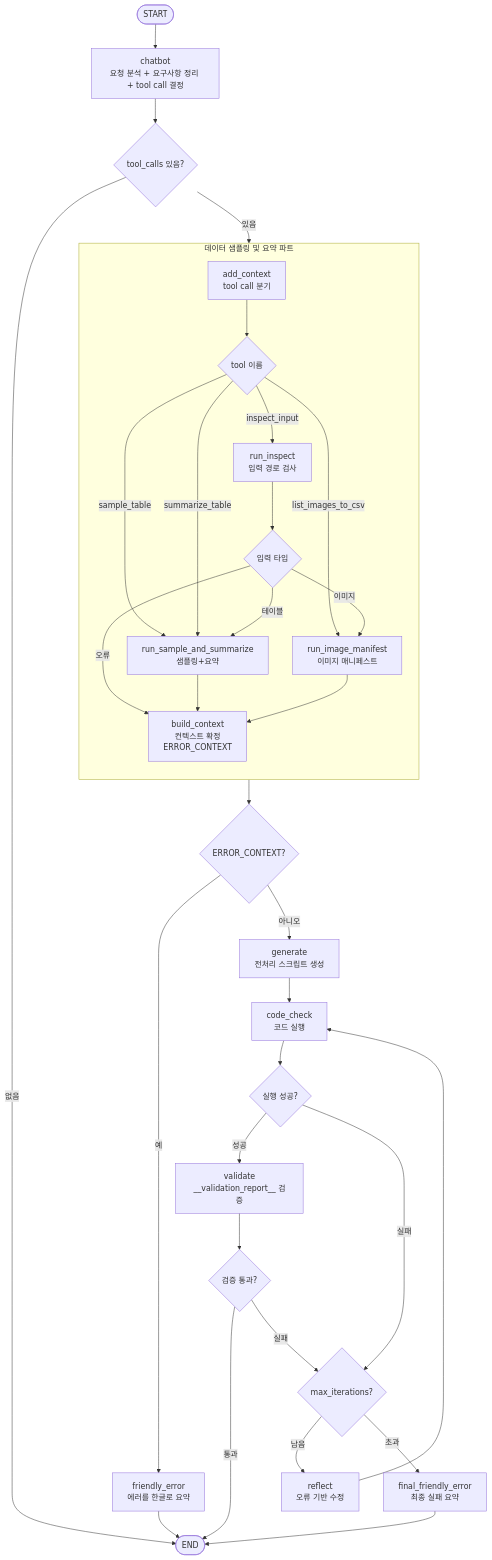
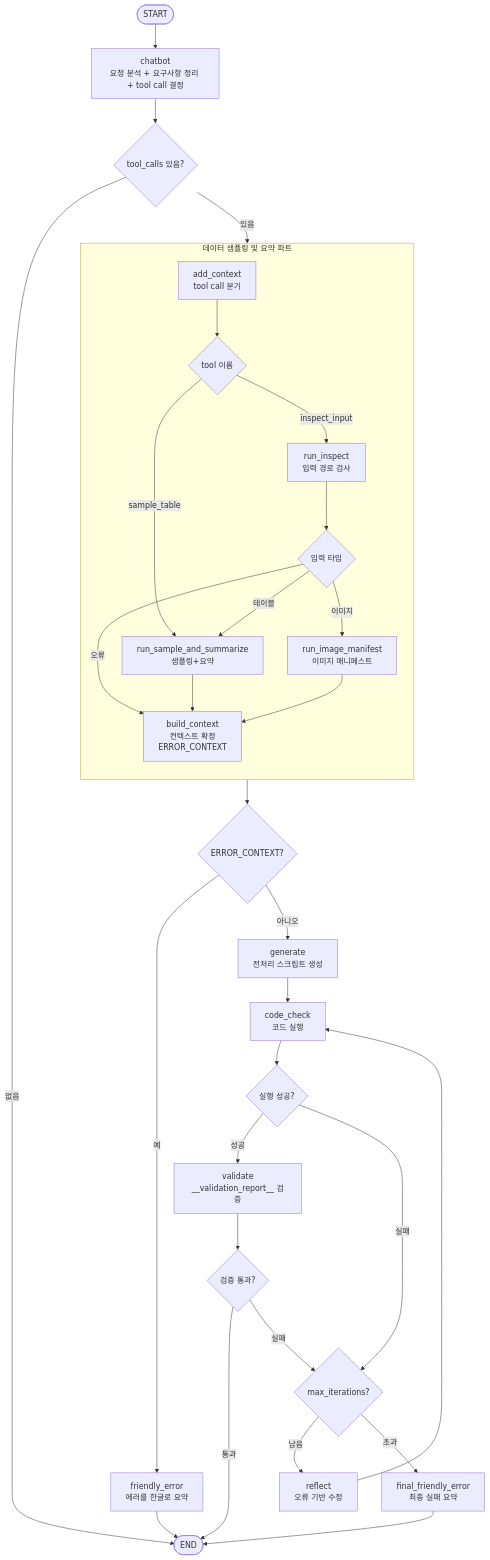
The third of 3 diagrams in README.md (sonsukwoo/Data_preprocessing_auto), drawn with Mermaid before and after one commit. The commit also changed other lines of this file and 1 other file, not shown here.

Commit message:
랭그래프 수정

````diff
--- a/README.md
+++ b/README.md
@@ -136,45 +136,43 @@
 ```mermaid
 flowchart TD
   START([START]) --> C[chatbot<br/>요청 분석 + 요구사항 정리 + tool call 결정]
 
   C --> D0{tool_calls 있음?}
   D0 -->|없음| END([END])
   D0 -->|있음| X[add_context<br/>tool call 분기]
 
   subgraph INPUT["데이터 샘플링 및 요약 파트"]
     direction TB
     X --> D1{tool 이름}
     D1 -->|inspect_input| I[run_inspect<br/>입력 경로 검사]
     D1 -->|sample_table| SAS[run_sample_and_summarize<br/>샘플링+요약]
-    D1 -->|summarize_table| SAS
-    D1 -->|list_images_to_csv| IMG[run_image_manifest<br/>이미지 매니페스트]
 
     I --> D2{입력 타입}
-    D2 -->|이미지| IMG
+    D2 -->|이미지| IMG[run_image_manifest<br/>이미지 매니페스트]
     D2 -->|테이블| SAS
     D2 -->|오류| B[build_context<br/>컨텍스트 확정<br/>ERROR_CONTEXT]
 
     SAS --> B
     IMG --> B
   end
 
   B --> D4{ERROR_CONTEXT?}
   D4 -->|예| FE[friendly_error<br/>에러를 한글로 요약]
   D4 -->|아니오| G[generate<br/>전처리 스크립트 생성]
 
   G --> E[code_check<br/>코드 실행]
   E --> D5{실행 성공?}
   D5 -->|성공| V[validate<br/>__validation_report__ 검증]
   D5 -->|실패| D{max_iterations?}
 
   V --> D6{검증 통과?}
   D6 -->|통과| END
   D6 -->|실패| D
 
   D -->|남음| RF[reflect<br/>오류 기반 수정]
   D -->|초과| FFE[final_friendly_error<br/>최종 실패 요약]
 
   RF --> E
   FE --> END
   FFE --> END
 ```
````
